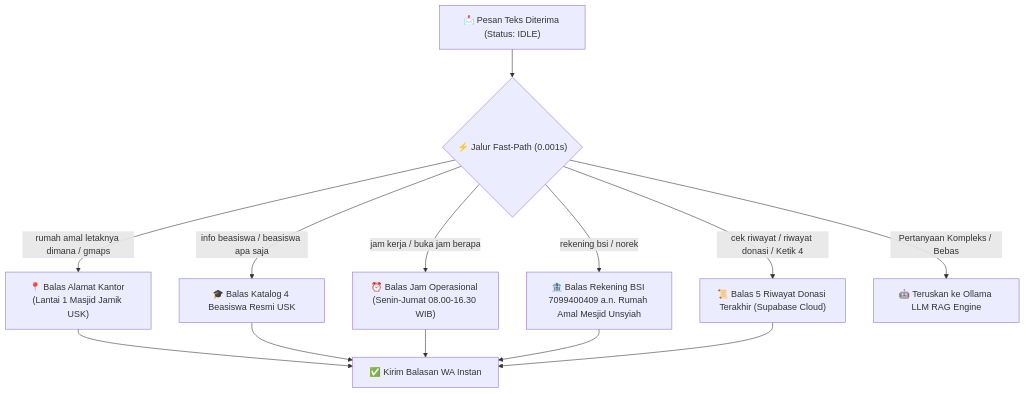
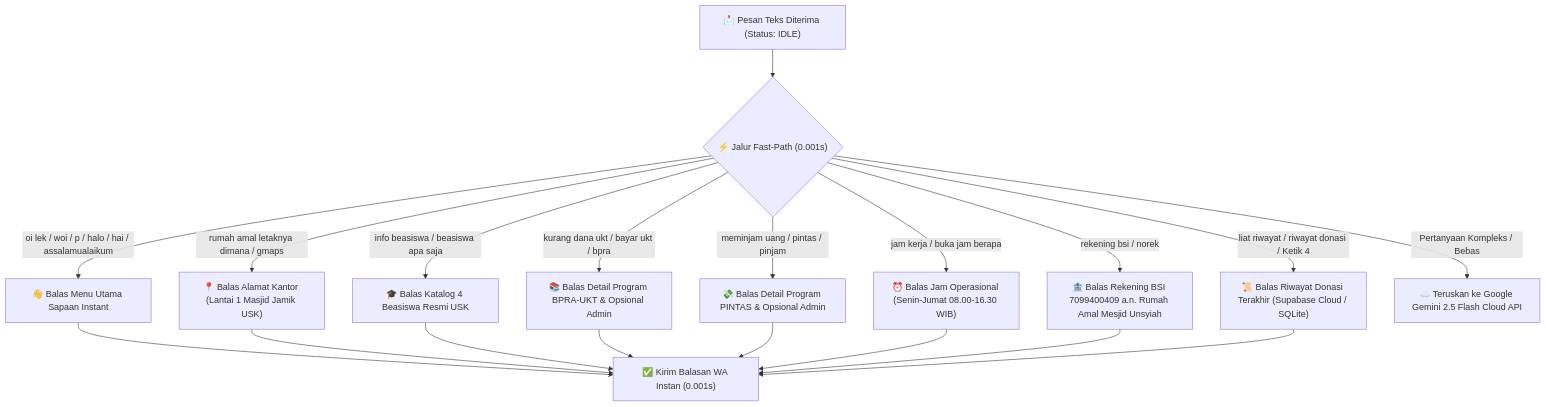
One commit to WafiJackson/Chatbot_Rumah_Amal changed the fourth of 7 diagrams in README.md. Above: the diagram before and after it, drawn with Mermaid. The commit also changed other lines of this file and 1 other file, not shown here.

Commit message:
cloud api migration

````diff
--- a/README.md
+++ b/README.md
@@ -159,18 +161,24 @@
 ```mermaid
 flowchart TD
     IncomingMsg["📩 Pesan Teks Diterima (Status: IDLE)"] --> FastCheck{"⚡ Jalur Fast-Path (0.001s)"}
 
+    FastCheck -- "oi lek / woi / p / halo / hai / assalamualaikum" --> ResSapaan["👋 Balas Menu Utama Sapaan Instant"]
     FastCheck -- "rumah amal letaknya dimana / gmaps" --> ResAlamat["📍 Balas Alamat Kantor (Lantai 1 Masjid Jamik USK)"]
     FastCheck -- "info beasiswa / beasiswa apa saja" --> ResBeasiswa["🎓 Balas Katalog 4 Beasiswa Resmi USK"]
+    FastCheck -- "kurang dana ukt / bayar ukt / bpra" --> ResUKT["📚 Balas Detail Program BPRA-UKT & Opsional Admin"]
+    FastCheck -- "meminjam uang / pintas / pinjam" --> ResPintas["💸 Balas Detail Program PINTAS & Opsional Admin"]
     FastCheck -- "jam kerja / buka jam berapa" --> ResJam["⏰ Balas Jam Operasional (Senin-Jumat 08.00-16.30 WIB)"]
     FastCheck -- "rekening bsi / norek" --> ResRek["🏦 Balas Rekening BSI 7099400409 a.n. Rumah Amal Mesjid Unsyiah"]
-    FastCheck -- "cek riwayat / riwayat donasi / Ketik 4" --> ResRiwayat["📜 Balas 5 Riwayat Donasi Terakhir (Supabase Cloud)"]
+    FastCheck -- "liat riwayat / riwayat donasi / Ketik 4" --> ResRiwayat["📜 Balas Riwayat Donasi Terakhir (Supabase Cloud / SQLite)"]
 
-    ResAlamat --> FinishFast["✅ Kirim Balasan WA Instan"]
+    ResSapaan --> FinishFast["✅ Kirim Balasan WA Instan (0.001s)"]
+    ResAlamat --> FinishFast
     ResBeasiswa --> FinishFast
+    ResUKT --> FinishFast
+    ResPintas --> FinishFast
     ResJam --> FinishFast
     ResRek --> FinishFast
     ResRiwayat --> FinishFast
 
-    FastCheck -- "Pertanyaan Kompleks / Bebas" --> LLMRoute["🤖 Teruskan ke Ollama LLM RAG Engine"]
+    FastCheck -- "Pertanyaan Kompleks / Bebas" --> LLMRoute["☁️ Teruskan ke Google Gemini 2.5 Flash Cloud API"]
 ```
````
